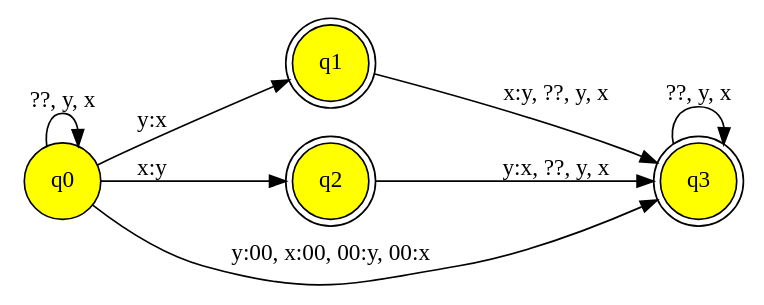
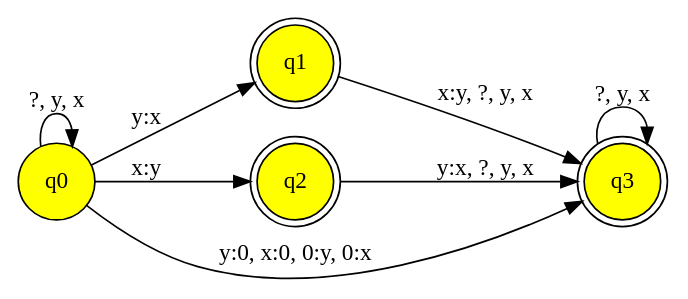
Before and after one commit to flammie/purplemonkeydishwasher: the diagram in fst-spell-journal/dots/xy-edit1.dot, drawn with Graphviz. The commit also changed 1 other file, not shown here.

```diff
--- a/fst-spell-journal/dots/xy-edit1.dot
+++ b/fst-spell-journal/dots/xy-edit1.dot
@@ -1,17 +1,17 @@
 // This graph generated with hfst-fst2txt 0.3
 digraph "minimize(text(hfst/und/xy-edit-1.txt))" {
 charset = UTF8;
 rankdir = LR;
 node [shape=circle,style=filled,fillcolor=yellow]
 q0 [label="q0"] 
 q1 [shape=doublecircle,label="q1"] 
 q2 [shape=doublecircle,label="q2"] 
 q3 [shape=doublecircle,label="q3"] 
-q0 -> q0 [label="??, y, x "];
+q0 -> q0 [label="?, y, x "];
 q0 -> q1 [label="y:x "];
 q0 -> q2 [label="x:y "];
-q0 -> q3 [label="y:00, x:00, 00:y, 00:x "];
-q1 -> q3 [label="x:y, ??, y, x "];
-q2 -> q3 [label="y:x, ??, y, x "];
-q3 -> q3 [label="??, y, x "];
+q0 -> q3 [label="y:0, x:0, 0:y, 0:x "];
+q1 -> q3 [label="x:y, ?, y, x "];
+q2 -> q3 [label="y:x, ?, y, x "];
+q3 -> q3 [label="?, y, x "];
 }
```
